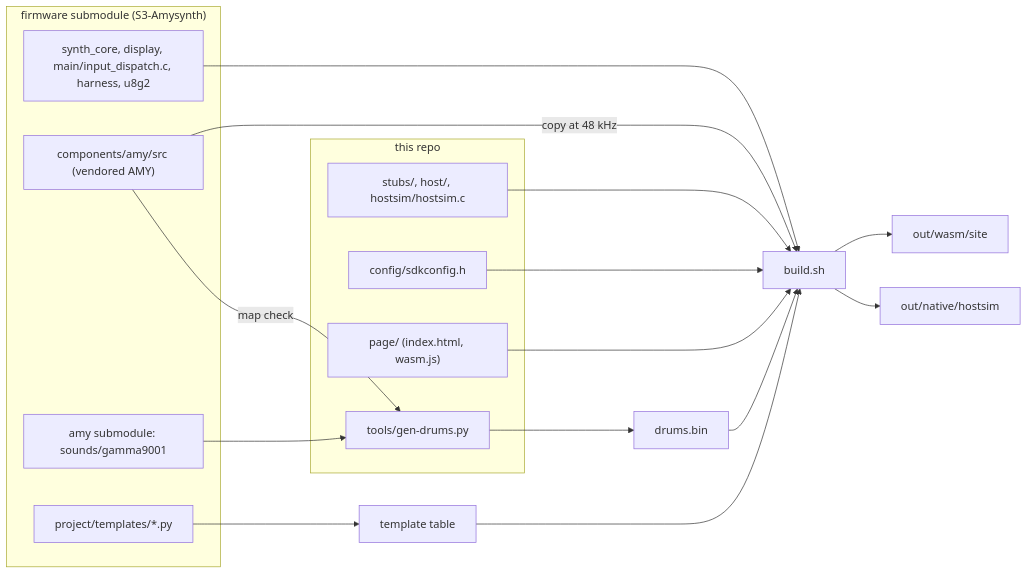
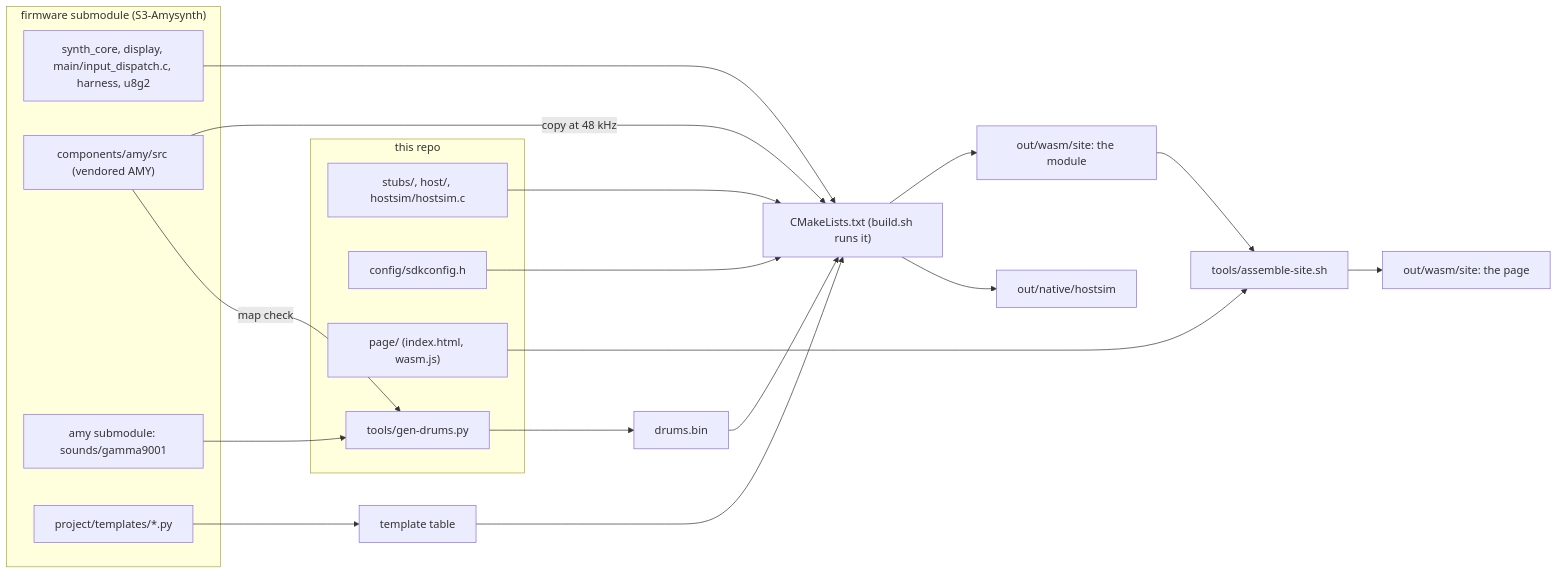
One commit to rt-rtos/amysynth-wasm changed the diagram in README.md. Above: the diagram before and after it, drawn with Mermaid. The commit also changed other lines of this file and 5 other files, not shown here.

````diff
--- a/README.md
+++ b/README.md
@@ -16,28 +16,30 @@
 ```mermaid
 flowchart LR
     subgraph fw["firmware submodule (S3-Amysynth)"]
         src["synth_core, display, main/input_dispatch.c, harness, u8g2"]
         amysrc["components/amy/src (vendored AMY)"]
         samples["amy submodule: sounds/gamma9001"]
         tpl["project/templates/*.py"]
     end
     subgraph here["this repo"]
         shims["stubs/, host/, hostsim/hostsim.c"]
         cfg["config/sdkconfig.h"]
         page["page/ (index.html, wasm.js)"]
         gen["tools/gen-drums.py"]
     end
     samples --> gen
     amysrc -->|"map check"| gen
     gen --> drums["drums.bin"]
     tpl --> tdata["template table"]
-    src --> build["build.sh"]
+    src --> build["CMakeLists.txt (build.sh runs it)"]
     amysrc -->|"copy at 48 kHz"| build
     shims --> build
     cfg --> build
     tdata --> build
     drums --> build
-    page --> build
     build --> native["out/native/hostsim"]
-    build --> site["out/wasm/site"]
+    build --> mod["out/wasm/site: the module"]
+    mod --> asm["tools/assemble-site.sh"]
+    page --> asm
+    asm --> site["out/wasm/site: the page"]
 ```
````
